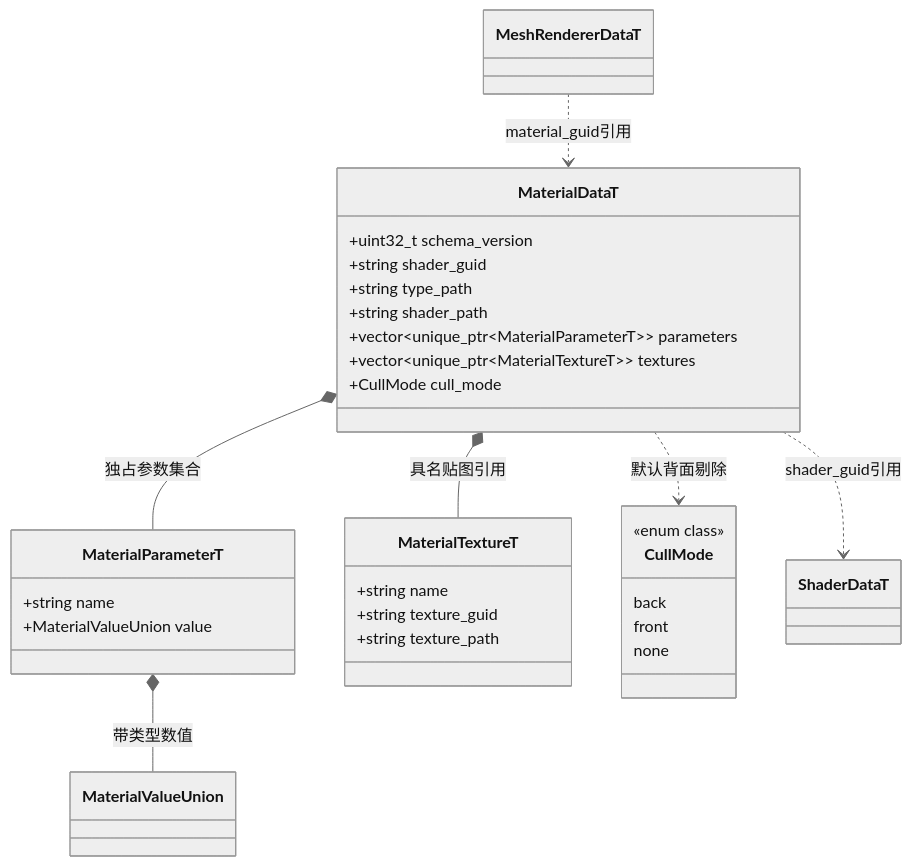
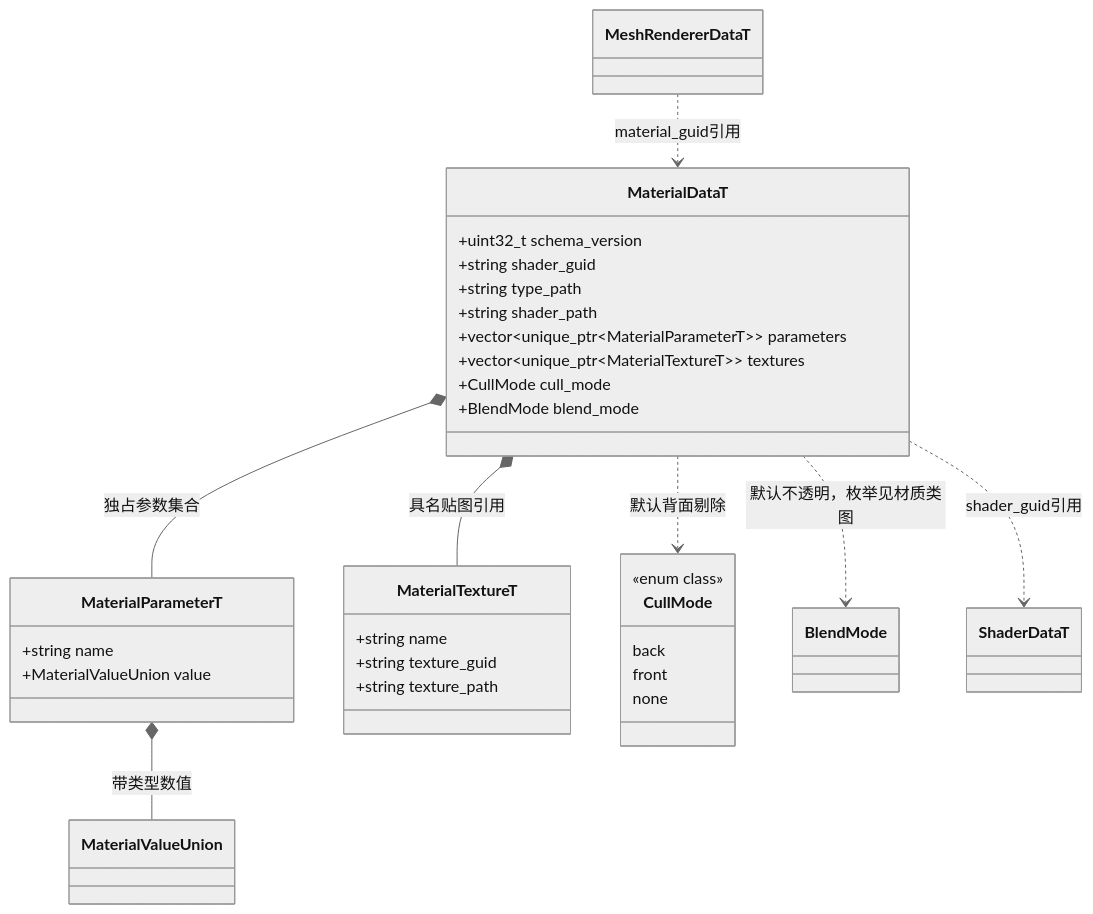
Before and after one commit to lcals/Engine: the third of 7 diagrams in docs/runtime/class-diagrams/scene-data.md, drawn with Mermaid (neutral theme). The commit also changed other lines of this file and 222 other files, not shown here.

Commit message:
Consolidate editor asset imports and align architecture documentation

````diff
--- a/docs/runtime/class-diagrams/scene-data.md
+++ b/docs/runtime/class-diagrams/scene-data.md
@@ -93,36 +100,39 @@
 ```mermaid
 classDiagram
     class MaterialDataT {
         +uint32_t schema_version
         +string shader_guid
         +string type_path
         +string shader_path
         +vector~unique_ptr~MaterialParameterT~~ parameters
         +vector~unique_ptr~MaterialTextureT~~ textures
         +CullMode cull_mode
+        +BlendMode blend_mode
     }
     class MaterialParameterT {
         +string name
         +MaterialValueUnion value
     }
     class MaterialTextureT {
         +string name
         +string texture_guid
         +string texture_path
     }
     MaterialDataT *-- MaterialTextureT : 具名贴图引用
     class MaterialValueUnion
     class CullMode {
         <<enum class>>
         back
         front
         none
     }
+    class BlendMode
+    MaterialDataT ..> BlendMode : 默认不透明，枚举见材质类图
     MaterialDataT ..> CullMode : 默认背面剔除
     class MeshRendererDataT
     class ShaderDataT
     MaterialDataT *-- MaterialParameterT : 独占参数集合
     MaterialParameterT *-- MaterialValueUnion : 带类型数值
     MeshRendererDataT ..> MaterialDataT : material_guid引用
     MaterialDataT ..> ShaderDataT : shader_guid引用
 ```
````
